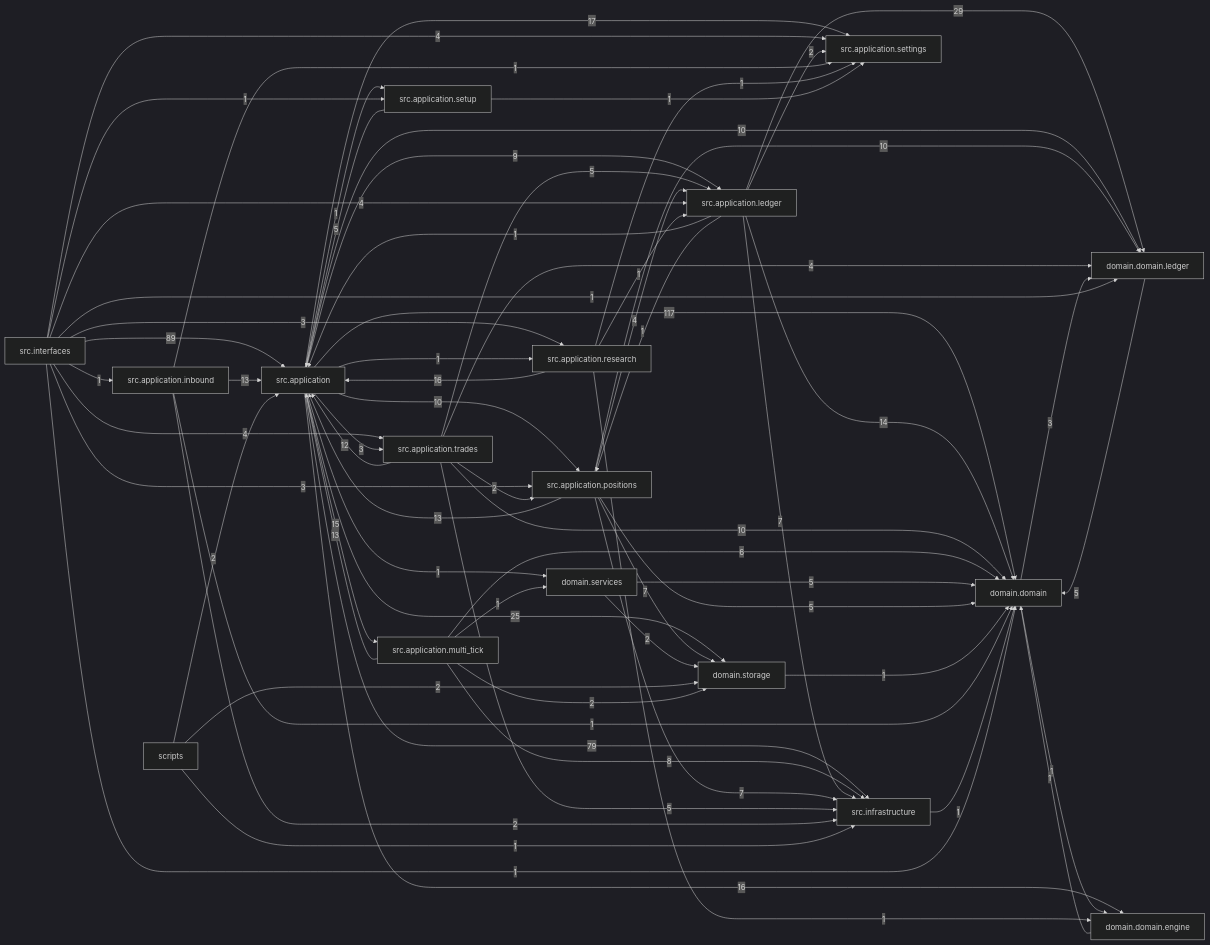
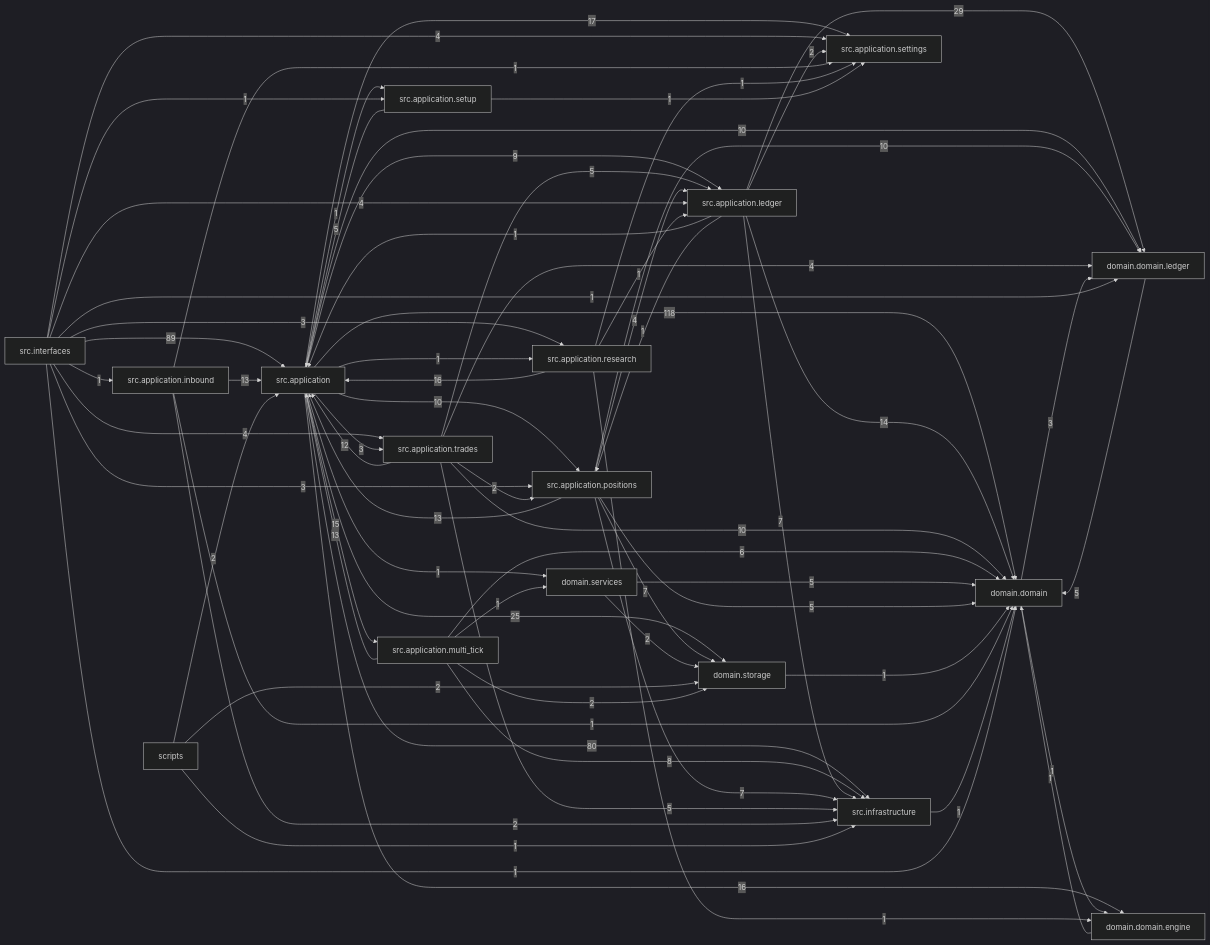
The diagram in docs/dependency_graph.mmd (liuxie066/options-monitor), drawn with Mermaid (dark theme) before and after one commit. The commit also changed 14 other files, not shown here.

```diff
--- a/docs/dependency_graph.mmd
+++ b/docs/dependency_graph.mmd
@@ -1,68 +1,68 @@
 flowchart LR
-  src_application["src.application"] -->|117| domain_domain["domain.domain"]
+  src_application["src.application"] -->|118| domain_domain["domain.domain"]
   src_interfaces["src.interfaces"] -->|89| src_application["src.application"]
-  src_application["src.application"] -->|79| src_infrastructure["src.infrastructure"]
+  src_application["src.application"] -->|80| src_infrastructure["src.infrastructure"]
   src_application_ledger["src.application.ledger"] -->|29| domain_domain_ledger["domain.domain.ledger"]
   src_application["src.application"] -->|25| domain_storage["domain.storage"]
   src_application["src.application"] -->|17| src_application_settings["src.application.settings"]
   src_application["src.application"] -->|16| domain_domain_engine["domain.domain.engine"]
   src_application_research["src.application.research"] -->|16| src_application["src.application"]
   src_application["src.application"] -->|15| src_application_multi_tick["src.application.multi_tick"]
   src_application_ledger["src.application.ledger"] -->|14| domain_domain["domain.domain"]
   src_application_inbound["src.application.inbound"] -->|13| src_application["src.application"]
   src_application_multi_tick["src.application.multi_tick"] -->|13| src_application["src.application"]
   src_application_positions["src.application.positions"] -->|13| src_application["src.application"]
   src_application_trades["src.application.trades"] -->|12| src_application["src.application"]
   src_application["src.application"] -->|10| domain_domain_ledger["domain.domain.ledger"]
   src_application["src.application"] -->|10| src_application_positions["src.application.positions"]
   src_application_positions["src.application.positions"] -->|10| domain_domain_ledger["domain.domain.ledger"]
   src_application_trades["src.application.trades"] -->|10| domain_domain["domain.domain"]
   src_application["src.application"] -->|9| src_application_ledger["src.application.ledger"]
   src_application_multi_tick["src.application.multi_tick"] -->|8| src_infrastructure["src.infrastructure"]
   src_application_ledger["src.application.ledger"] -->|7| src_infrastructure["src.infrastructure"]
   src_application_positions["src.application.positions"] -->|7| domain_storage["domain.storage"]
   src_application_positions["src.application.positions"] -->|7| src_infrastructure["src.infrastructure"]
   src_application_multi_tick["src.application.multi_tick"] -->|6| domain_domain["domain.domain"]
   domain_domain_ledger["domain.domain.ledger"] -->|5| domain_domain["domain.domain"]
   domain_services["domain.services"] -->|5| domain_domain["domain.domain"]
   src_application_positions["src.application.positions"] -->|5| domain_domain["domain.domain"]
   src_application_setup["src.application.setup"] -->|5| src_application["src.application"]
   src_application_trades["src.application.trades"] -->|5| src_application_ledger["src.application.ledger"]
   src_application_trades["src.application.trades"] -->|5| src_infrastructure["src.infrastructure"]
   src_application_positions["src.application.positions"] -->|4| src_application_ledger["src.application.ledger"]
   src_application_trades["src.application.trades"] -->|4| domain_domain_ledger["domain.domain.ledger"]
   src_interfaces["src.interfaces"] -->|4| src_application_ledger["src.application.ledger"]
   src_interfaces["src.interfaces"] -->|4| src_application_settings["src.application.settings"]
   src_interfaces["src.interfaces"] -->|4| src_application_trades["src.application.trades"]
   domain_domain["domain.domain"] -->|3| domain_domain_ledger["domain.domain.ledger"]
   src_application["src.application"] -->|3| src_application_trades["src.application.trades"]
   src_interfaces["src.interfaces"] -->|3| src_application_positions["src.application.positions"]
   src_interfaces["src.interfaces"] -->|3| src_application_research["src.application.research"]
   domain_services["domain.services"] -->|2| domain_storage["domain.storage"]
   scripts["scripts"] -->|2| domain_storage["domain.storage"]
   scripts["scripts"] -->|2| src_application["src.application"]
   src_application_inbound["src.application.inbound"] -->|2| src_infrastructure["src.infrastructure"]
   src_application_ledger["src.application.ledger"] -->|2| src_application_settings["src.application.settings"]
   src_application_multi_tick["src.application.multi_tick"] -->|2| domain_storage["domain.storage"]
   src_application_trades["src.application.trades"] -->|2| src_application_positions["src.application.positions"]
   domain_domain["domain.domain"] -->|1| domain_domain_engine["domain.domain.engine"]
   domain_domain_engine["domain.domain.engine"] -->|1| domain_domain["domain.domain"]
   domain_storage["domain.storage"] -->|1| domain_domain["domain.domain"]
   scripts["scripts"] -->|1| src_infrastructure["src.infrastructure"]
   src_application["src.application"] -->|1| domain_services["domain.services"]
   src_application["src.application"] -->|1| src_application_research["src.application.research"]
   src_application["src.application"] -->|1| src_application_setup["src.application.setup"]
   src_application_inbound["src.application.inbound"] -->|1| domain_domain["domain.domain"]
   src_application_inbound["src.application.inbound"] -->|1| src_application_settings["src.application.settings"]
   src_application_ledger["src.application.ledger"] -->|1| src_application["src.application"]
   src_application_ledger["src.application.ledger"] -->|1| src_application_positions["src.application.positions"]
   src_application_multi_tick["src.application.multi_tick"] -->|1| domain_services["domain.services"]
   src_application_research["src.application.research"] -->|1| domain_domain_engine["domain.domain.engine"]
   src_application_research["src.application.research"] -->|1| src_application_ledger["src.application.ledger"]
   src_application_research["src.application.research"] -->|1| src_application_settings["src.application.settings"]
   src_application_setup["src.application.setup"] -->|1| src_application_settings["src.application.settings"]
   src_infrastructure["src.infrastructure"] -->|1| domain_domain["domain.domain"]
   src_interfaces["src.interfaces"] -->|1| domain_domain["domain.domain"]
   src_interfaces["src.interfaces"] -->|1| domain_domain_ledger["domain.domain.ledger"]
   src_interfaces["src.interfaces"] -->|1| src_application_inbound["src.application.inbound"]
   src_interfaces["src.interfaces"] -->|1| src_application_setup["src.application.setup"]
```
